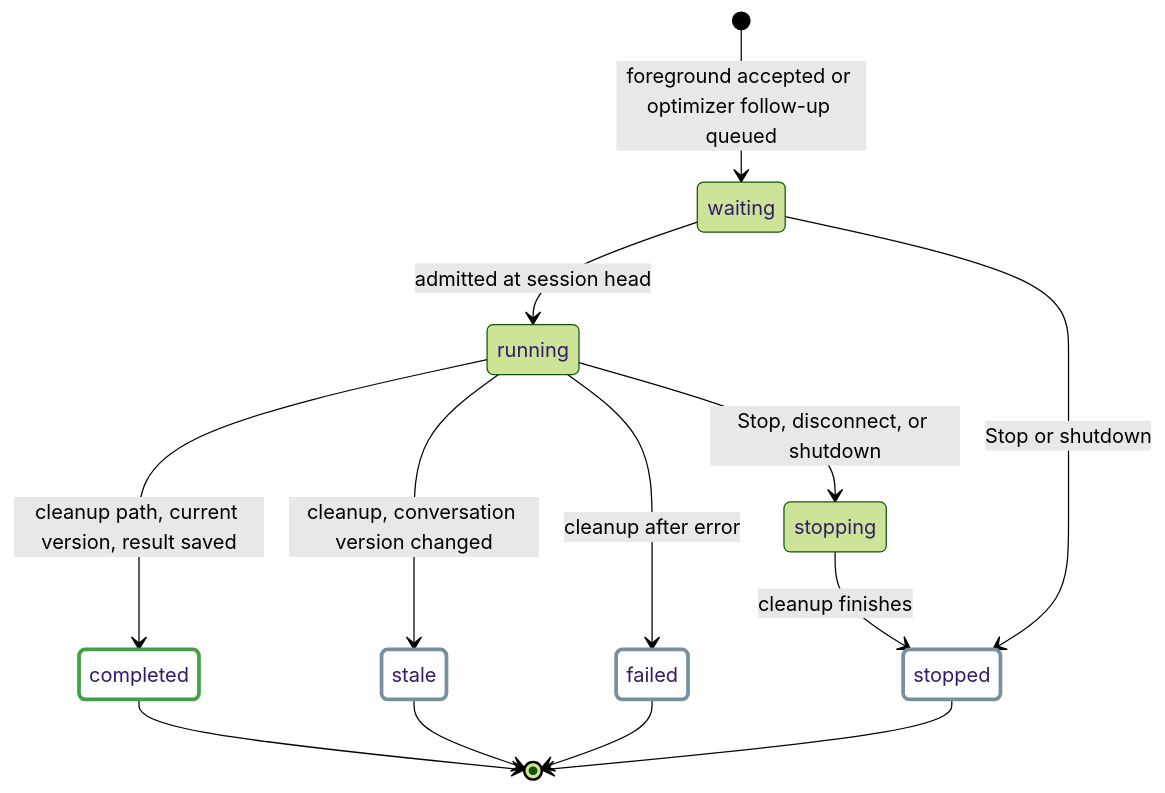
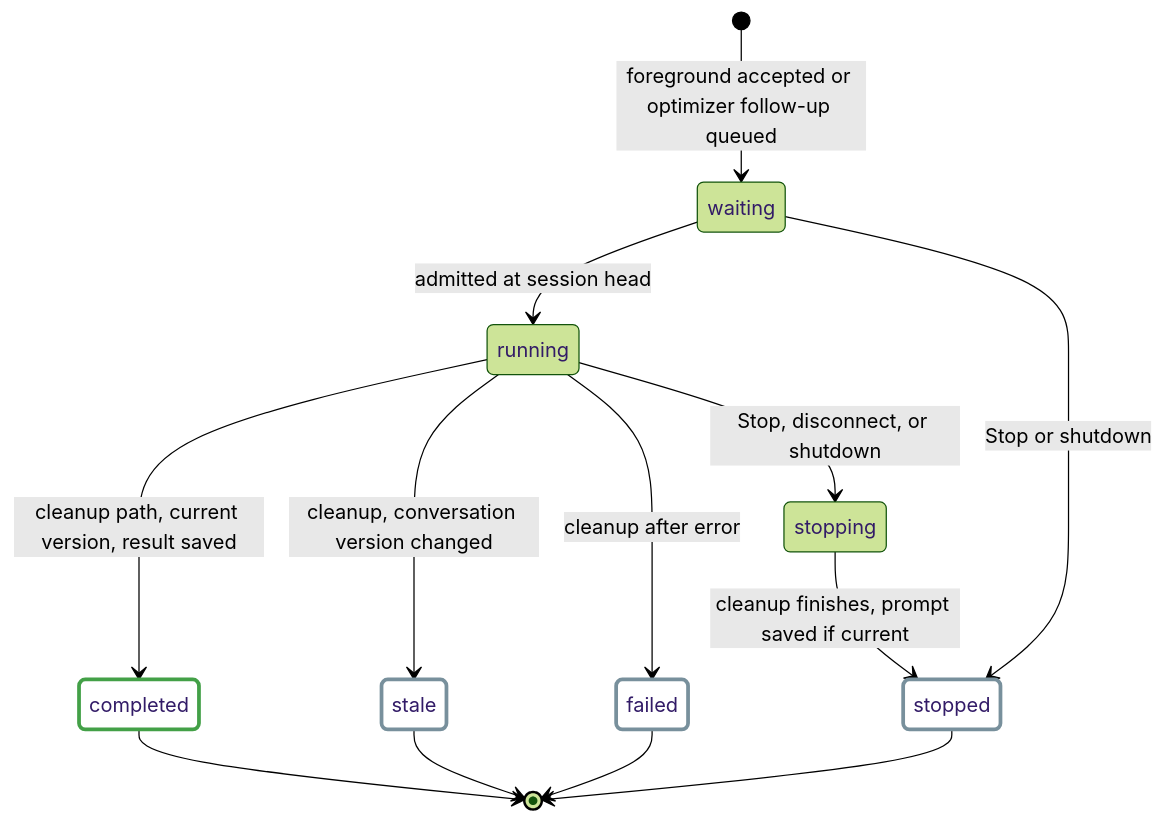
One commit to j3soon/nurse-scheduling changed the first of 7 diagrams in docs/content/developer-guide/ai-assistant.md. Above: the diagram before and after it, drawn with Mermaid (forest theme). The commit also changed other lines of this file and 10 other files, not shown here.

````diff
--- a/docs/content/developer-guide/ai-assistant.md
+++ b/docs/content/developer-guide/ai-assistant.md
@@ -51,20 +51,20 @@
 ```mermaid
 stateDiagram-v2
     [*] --> waiting: foreground accepted or optimizer follow-up queued
     waiting --> running: admitted at session head
     waiting --> stopped: Stop or shutdown
     running --> completed: cleanup path, current version, result saved
     running --> stale: cleanup, conversation version changed
     running --> failed: cleanup after error
     running --> stopping: Stop, disconnect, or shutdown
-    stopping --> stopped: cleanup finishes
+    stopping --> stopped: cleanup finishes, prompt saved if current
     completed --> [*]
     stale --> [*]
     failed --> [*]
     stopped --> [*]
 
     classDef completedState fill:transparent,stroke:#43a047,stroke-width:3px
     classDef otherState fill:transparent,stroke:#78909c,stroke-width:3px
     class completed completedState
     class stale,failed,stopped otherState
 ```
````
